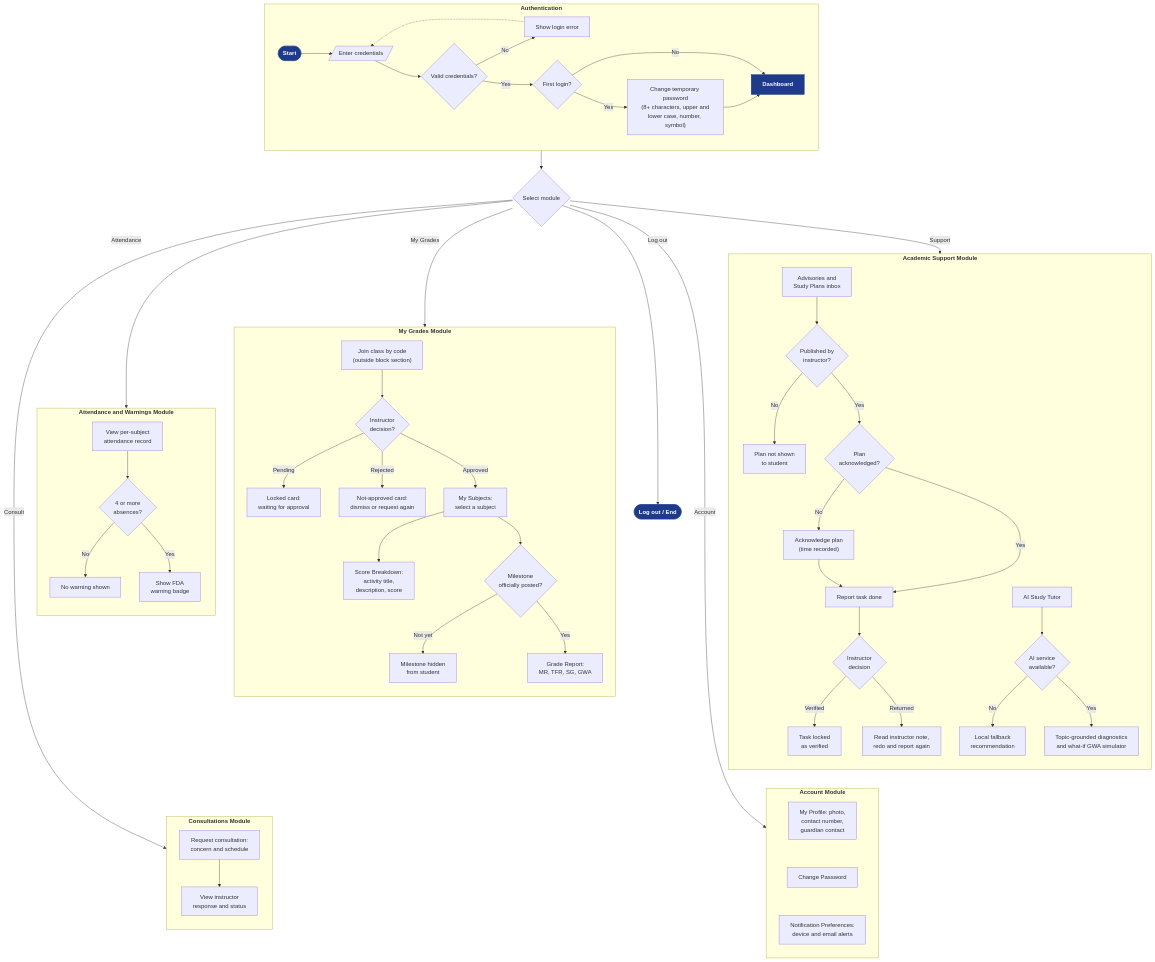
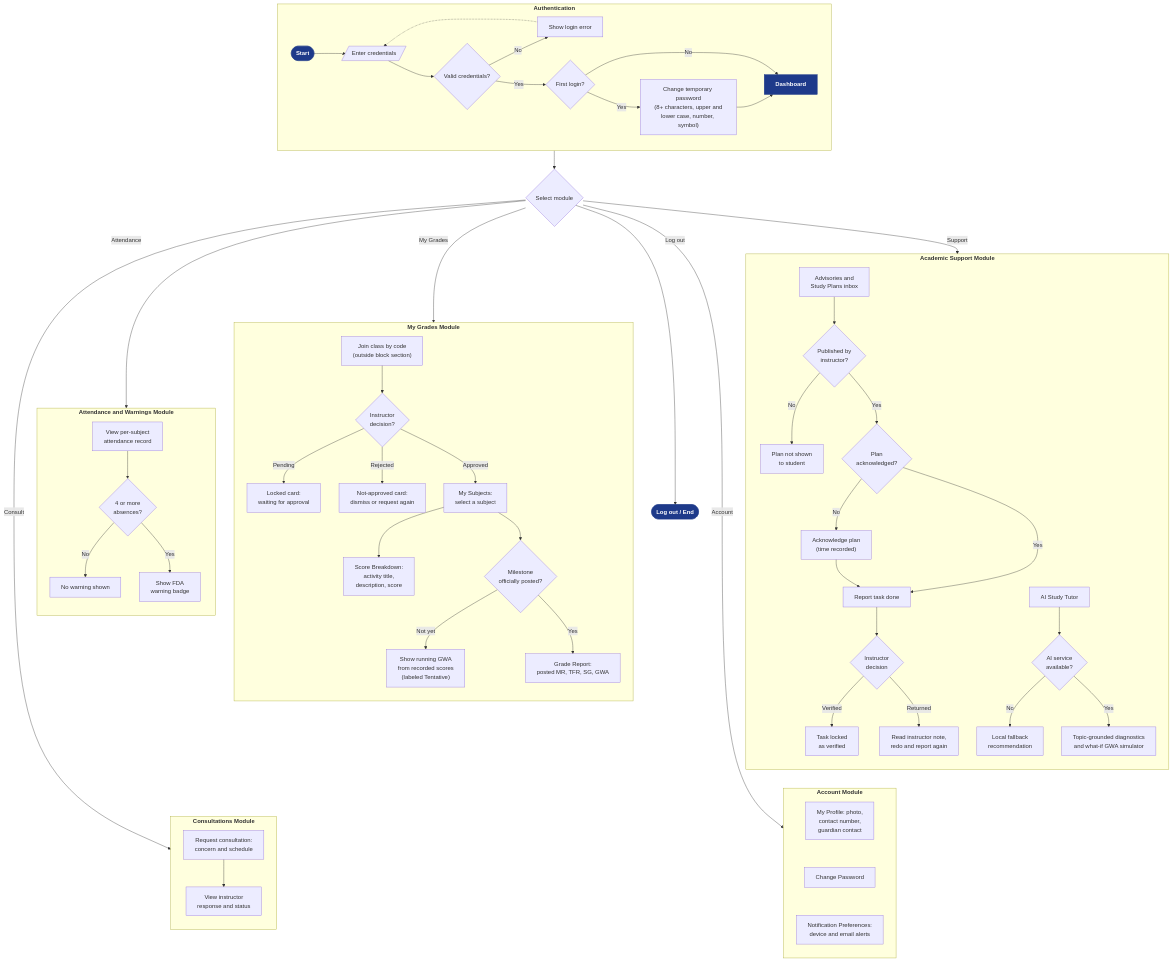
The diagram in docs/02-thesis/figures/Figure-2.2-Flowchart-Student.mmd (kurarensu16/sage), drawn with Mermaid before and after one commit. The commit also changed 35 other files, not shown here.

```diff
--- a/docs/02-thesis/figures/Figure-2.2-Flowchart-Student.mmd
+++ b/docs/02-thesis/figures/Figure-2.2-Flowchart-Student.mmd
@@ -1,80 +1,82 @@
 flowchart TB
 %% ===== Figure 2.2 — Proposed System Flowchart: Student Portal (updated 2026-10-10) =====
 %% Plans appear only after publication and must be acknowledged; faculty verify or return
 %% reported tasks; feature renamed "AI Study Tutor"; Account shows photo/contact/guardian.
 %% Revised 2026-10-10 (evening): joining an outside class by code waits for instructor approval.
+%% Revised 2026-10-11: unposted milestones show a tentative running GWA (posted milestones replace it);
+%% see docs/02-thesis/decisions/STUDENT_RUNNING_GWA_2026-10-11.md.
 
   SEL{"Select module"}
   OUT(["<b>Log out / End</b>"]):::accent
 
   subgraph LOGIN["<b>Authentication</b>"]
     direction LR
     START(["<b>Start</b>"]):::accent --> CRED[/"Enter credentials"/] --> VALID{"Valid credentials?"}
     VALID -- "No" --> ERR["Show login error"]
     ERR -.-> CRED
     VALID -- "Yes" --> FIRST{"First login?"}
     FIRST -- "Yes" --> CHG["Change temporary password<br/>(8+ characters, upper and<br/>lower case, number, symbol)"] --> DASH["<b>Dashboard</b>"]:::accent
     FIRST -- "No" --> DASH
   end
 
   LOGIN --> SEL
   SEL -- "Log out" --> OUT
 
   SEL -- "My Grades" --> GM
   SEL -- "Attendance" --> TM
   SEL -- "Support" --> PM
   SEL -- "Consult" --> CM
   SEL -- "Account" --> NM
 
   subgraph GM["<b>My Grades Module</b>"]
     direction TB
     J1["Join class by code<br/>(outside block section)"] --> JQ{"Instructor<br/>decision?"}
     JQ -- "Pending" --> JP["Locked card:<br/>waiting for approval"]
     JQ -- "Rejected" --> JR["Not-approved card:<br/>dismiss or request again"]
     JQ -- "Approved" --> G1
     G1["My Subjects:<br/>select a subject"] --> GB["Score Breakdown:<br/>activity title,<br/>description, score"]
     G1 --> GQ{"Milestone<br/>officially posted?"}
-    GQ -- "Not yet" --> GH["Milestone hidden<br/>from student"]
-    GQ -- "Yes" --> GR["Grade Report:<br/>MR, TFR, SG, GWA"]
+    GQ -- "Not yet" --> GH["Show running GWA<br/>from recorded scores<br/>(labeled Tentative)"]
+    GQ -- "Yes" --> GR["Grade Report:<br/>posted MR, TFR, SG, GWA"]
   end
 
   subgraph TM["<b>Attendance and Warnings Module</b>"]
     direction TB
     T1["View per-subject<br/>attendance record"] --> TQ{"4 or more<br/>absences?"}
     TQ -- "No" --> TN["No warning shown"]
     TQ -- "Yes" --> TY["Show FDA<br/>warning badge"]
   end
 
   subgraph PM["<b>Academic Support Module</b>"]
     direction TB
     P1["Advisories and<br/>Study Plans inbox"] --> PQ{"Published by<br/>instructor?"}
     PQ -- "No" --> PN["Plan not shown<br/>to student"]
     PQ -- "Yes" --> PA{"Plan<br/>acknowledged?"}
     PA -- "No" --> PK["Acknowledge plan<br/>(time recorded)"]
     PK --> PY
     PA -- "Yes" --> PY["Report task done"] --> PV{"Instructor<br/>decision"}
     PV -- "Verified" --> PVV["Task locked<br/>as verified"]
     PV -- "Returned" --> PR["Read instructor note,<br/>redo and report again"]
     P2["AI Study Tutor"] --> AQ{"AI service<br/>available?"}
     AQ -- "No" --> AN["Local fallback<br/>recommendation"]
     AQ -- "Yes" --> AY["Topic-grounded diagnostics<br/>and what-if GWA simulator"]
   end
 
   subgraph CM["<b>Consultations Module</b>"]
     direction TB
     C1["Request consultation:<br/>concern and schedule"] --> C2["View instructor<br/>response and status"]
   end
 
   subgraph NM["<b>Account Module</b>"]
     direction TB
     N1["My Profile: photo,<br/>contact number,<br/>guardian contact"]
     N2["Change Password"]
     N3["Notification Preferences:<br/>device and email alerts"]
     N1 ~~~ N2 ~~~ N3
   end
 
 
   classDef accent fill:#1E3A8A,stroke:#1E3A8A,color:#FFFFFF;
 
   GM ~~~ CM
   PM ~~~ NM
```
